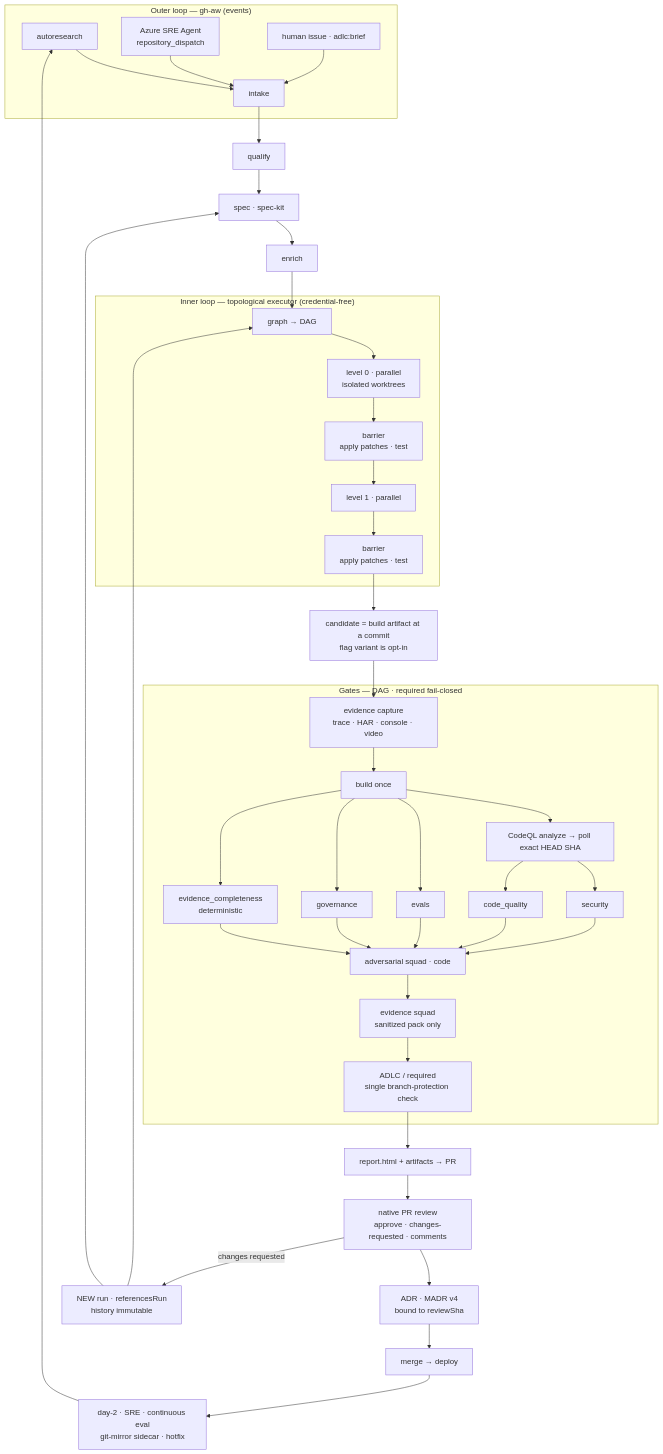
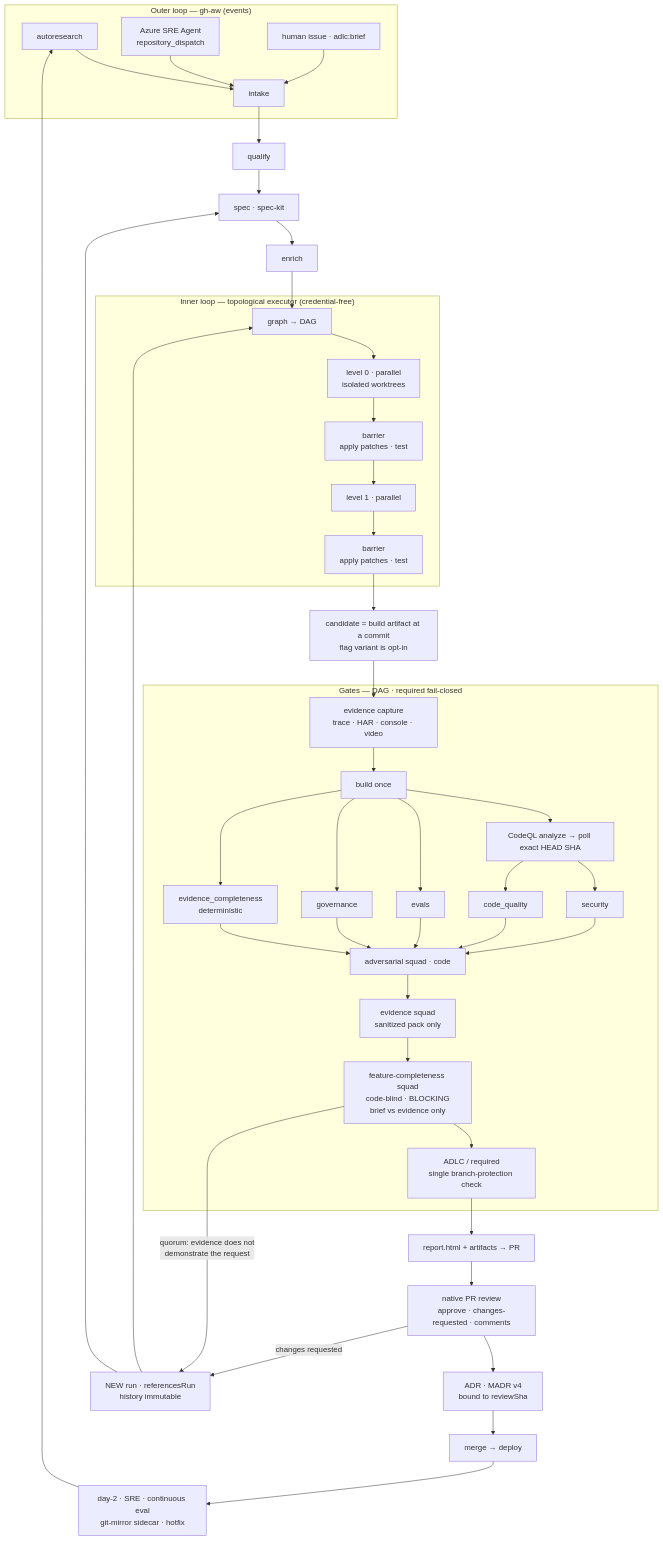
The diagram in docs/PLAN.md (MSFT-TKENDRICK/GitHub-ADLC), drawn with Mermaid before and after one commit. The commit also changed other lines of this file and 43 other files, not shown here.

First line of the commit message:
Redesign the evidence report and add a feature-completeness gate

````diff
--- a/docs/PLAN.md
+++ b/docs/PLAN.md
@@ -106,35 +106,37 @@
 ```mermaid
 flowchart TB
     subgraph OUT["Outer loop — gh-aw (events)"]
         AR["autoresearch"] --> IN
         SRE["Azure SRE Agent<br/>repository_dispatch"] --> IN
         H["human issue · adlc:brief"] --> IN
         IN["intake"]
     end
     IN --> Q[qualify] --> S["spec · spec-kit"] --> E[enrich] --> G["graph → DAG"]
 
     subgraph INNER["Inner loop — topological executor (credential-free)"]
         G --> L0["level 0 · parallel<br/>isolated worktrees"] --> B0["barrier<br/>apply patches · test"]
         B0 --> L1["level 1 · parallel"] --> B1["barrier<br/>apply patches · test"]
     end
     B1 --> CAND["candidate = build artifact at a commit<br/>flag variant is opt-in"]
     CAND --> EV["evidence capture<br/>trace · HAR · console · video"]
 
     subgraph GATES["Gates — DAG · required fail-closed"]
         EV --> BUILD["build once"]
         BUILD --> CQ["CodeQL analyze → poll exact HEAD SHA"]
         CQ --> GS[security] & GQ[code_quality]
         BUILD --> GE[evals] & GG[governance] & GD["evidence_completeness<br/>deterministic"]
         GS & GQ & GE & GG & GD --> GA1["adversarial squad · code"]
         GA1 --> GA2["evidence squad<br/>sanitized pack only"]
-        GA2 --> AGG["ADLC / required<br/>single branch-protection check"]
+        GA2 --> GA3["feature-completeness squad<br/>code-blind · BLOCKING<br/>brief vs evidence only"]
+        GA3 --> AGG["ADLC / required<br/>single branch-protection check"]
     end
 
+    GA3 -->|"quorum: evidence does not<br/>demonstrate the request"| NEW
     AGG --> REP["report.html + artifacts → PR"]
     REP --> HR["native PR review<br/>approve · changes-requested · comments"]
     HR --> ADR["ADR · MADR v4<br/>bound to reviewSha"]
     HR -->|changes requested| NEW["NEW run · referencesRun<br/>history immutable"]
     NEW --> S
     NEW --> G
     ADR --> M[merge → deploy] --> D2["day-2 · SRE · continuous eval<br/>git-mirror sidecar · hotfix"] --> AR
 ```
````
